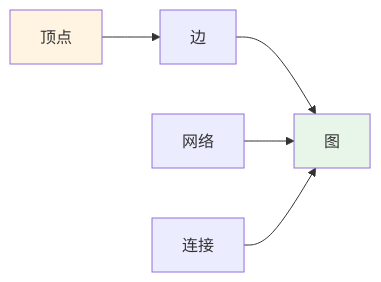
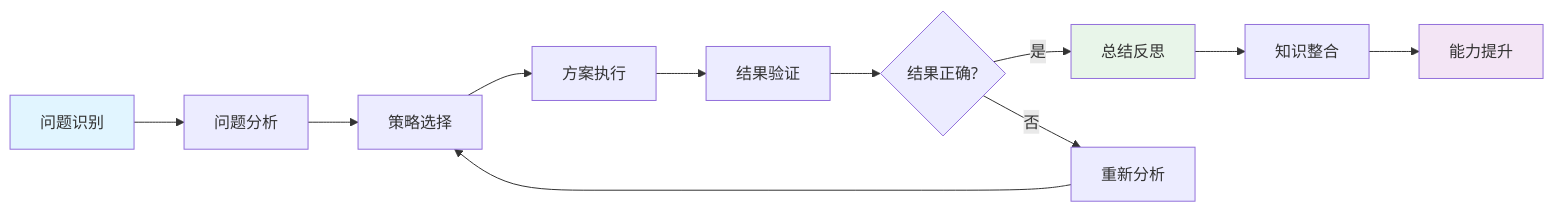
One commit to AdaMartin18010/FormalMath changed the fourth of 10 diagrams in concept/核心概念/29-图.md. Above: the diagram before and after it, drawn with Mermaid. The commit also changed other lines of this file and 4793 other files, not shown here.

````diff
--- a/concept/核心概念/29-图.md
+++ b/concept/核心概念/29-图.md
@@ -679,10 +1236,18 @@
 ```mermaid
 graph LR
-    A[顶点] --> B[边]
-    B --> C[图]
-    D[网络] --> C
-    E[连接] --> C
+    A[问题识别] --> B[问题分析]
+    B --> C[策略选择]
+    C --> D[方案执行]
+    D --> E[结果验证]
+    E --> F{结果正确?}
+    F -->|是| G[总结反思]
+    F -->|否| H[重新分析]
+    H --> C
 
-    style A fill:#fff4e1
-    style C fill:#e8f5e9
+    G --> I[知识整合]
+    I --> J[能力提升]
+
+    style A fill:#e1f5ff
+    style G fill:#e8f5e9
+    style J fill:#f3e5f5
 ```
````
